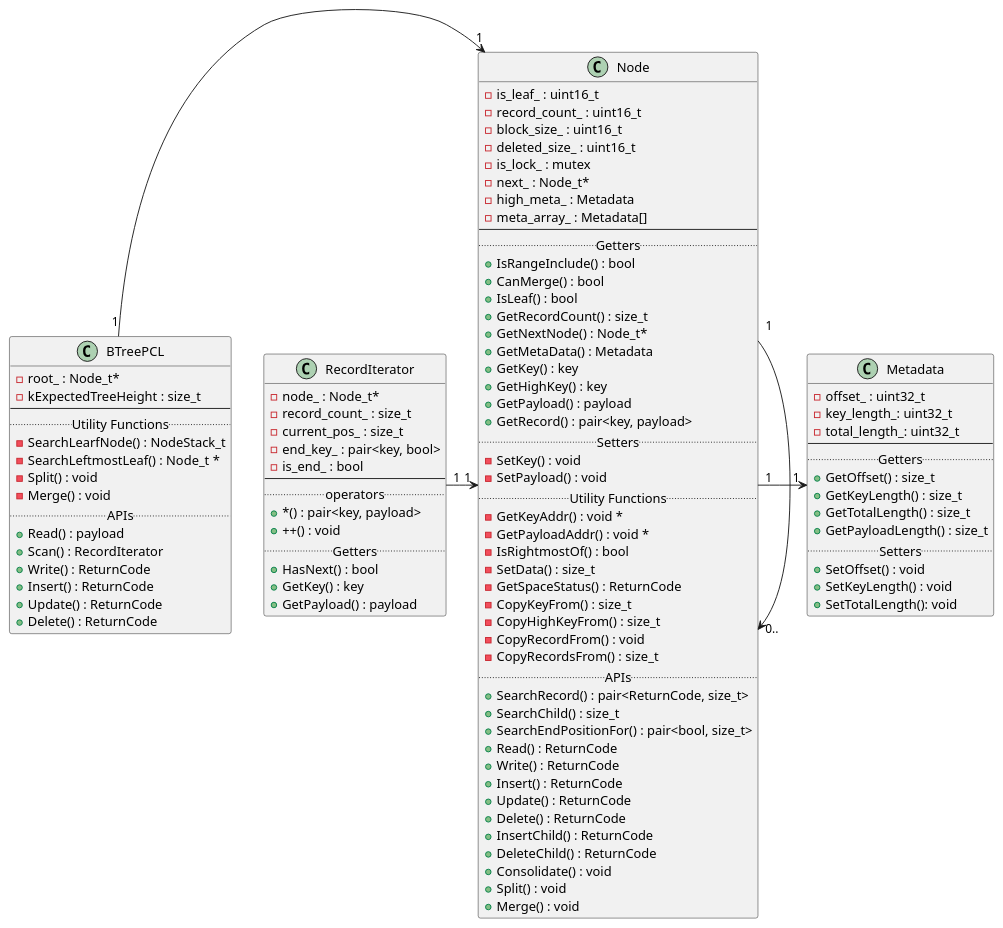
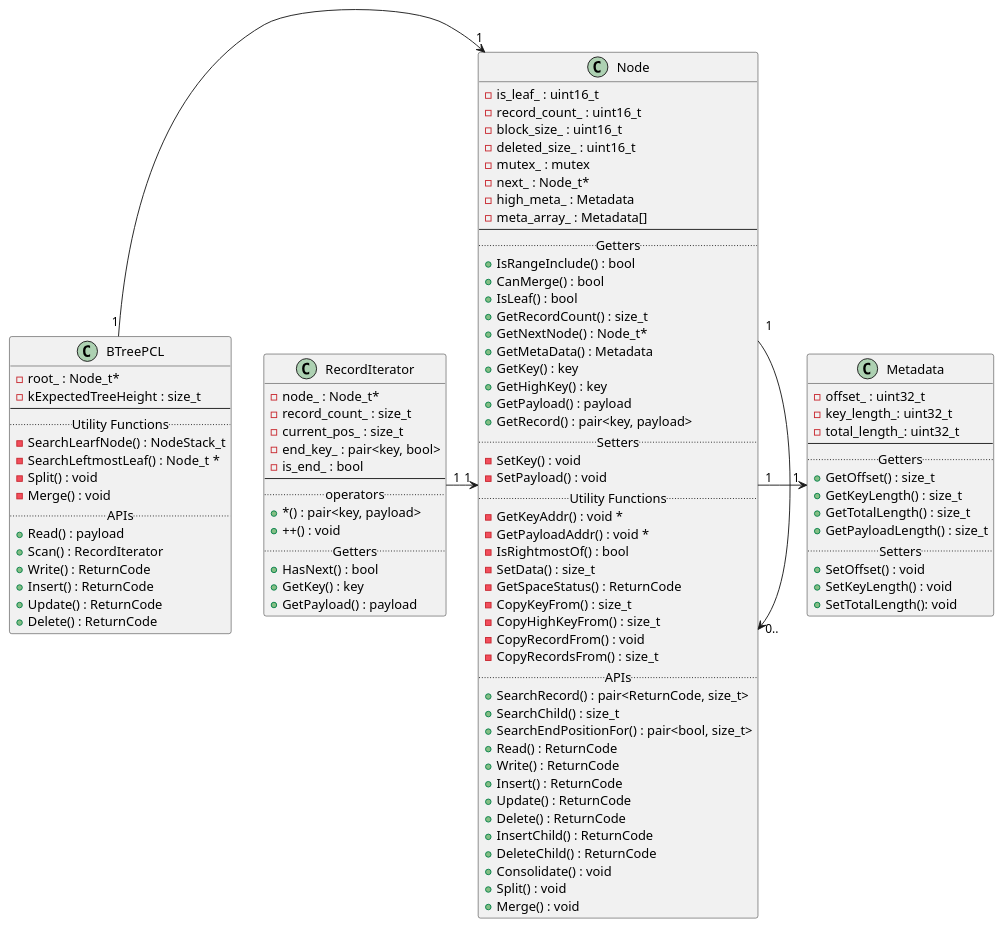
The diagram in design_doc/figures/btreepcl/src/class.wsd (dbgroup-nagoya-u/b-tree), drawn with PlantUML before and after one commit.

```diff
--- a/design_doc/figures/btreepcl/src/class.wsd
+++ b/design_doc/figures/btreepcl/src/class.wsd
@@ -1,108 +1,108 @@
 @startuml
 
 class BTreePCL{
   -root_ : Node_t*
   -kExpectedTreeHeight : size_t
 --
 .. Utility Functions ..
   -SearchLearfNode() : NodeStack_t
   -SearchLeftmostLeaf() : Node_t *
   -Split() : void
   -Merge() : void
 .. APIs ..
   +Read() : payload
   +Scan() : RecordIterator
   +Write() : ReturnCode
   +Insert() : ReturnCode
   +Update() : ReturnCode
   +Delete() : ReturnCode
 }
 
 class Node{
   -is_leaf_ : uint16_t
   -record_count_ : uint16_t
   -block_size_ : uint16_t
   -deleted_size_ : uint16_t
-  -is_lock_ : mutex
+  -mutex_ : mutex
   -next_ : Node_t*
   -high_meta_ : Metadata
   -meta_array_ : Metadata[]
 --
 .. Getters ..
   +IsRangeInclude() : bool
   +CanMerge() : bool
   +IsLeaf() : bool
   +GetRecordCount() : size_t
   +GetNextNode() : Node_t*
   +GetMetaData() : Metadata
   +GetKey() : key
   +GetHighKey() : key
   +GetPayload() : payload
   +GetRecord() : pair<key, payload>
 .. Setters ..
   -SetKey() : void
   -SetPayload() : void
 .. Utility Functions ..
   -GetKeyAddr() : void *
   -GetPayloadAddr() : void *
   -IsRightmostOf() : bool
   -SetData() : size_t
   -GetSpaceStatus() : ReturnCode
   -CopyKeyFrom() : size_t
   -CopyHighKeyFrom() : size_t
   -CopyRecordFrom() : void
   -CopyRecordsFrom() : size_t
 .. APIs ..
   +SearchRecord() : pair<ReturnCode, size_t>
   +SearchChild() : size_t
   +SearchEndPositionFor() : pair<bool, size_t>
   +Read() : ReturnCode
   +Write() : ReturnCode
   +Insert() : ReturnCode
   +Update() : ReturnCode
   +Delete() : ReturnCode
   +InsertChild() : ReturnCode
   +DeleteChild() : ReturnCode
   +Consolidate() : void
   +Split() : void
   +Merge() : void
 }
 
 class Metadata{
   -offset_ : uint32_t
   -key_length_: uint32_t
   -total_length_: uint32_t
 --
 .. Getters ..
   +GetOffset() : size_t
   +GetKeyLength() : size_t
   +GetTotalLength() : size_t
   +GetPayloadLength() : size_t
 .. Setters ..
   +SetOffset() : void
   +SetKeyLength() : void
   +SetTotalLength(): void
 }
 
 class RecordIterator{
   -node_ : Node_t*
   -record_count_ : size_t
   -current_pos_ : size_t
   -end_key_ : pair<key, bool>
   -is_end_ : bool
 --
 .. operators ..
   + *() : pair<key, payload>
   + ++() : void
 .. Getters ..
   +HasNext() : bool
   +GetKey() : key
   +GetPayload() : payload
 }
 
 BTreePCL "1" -> "1" Node
 Node "1" -> "1" Metadata
 Node "1" -> "0.." Node
 RecordIterator "1" -> "1" Node
 
 @enduml
```
